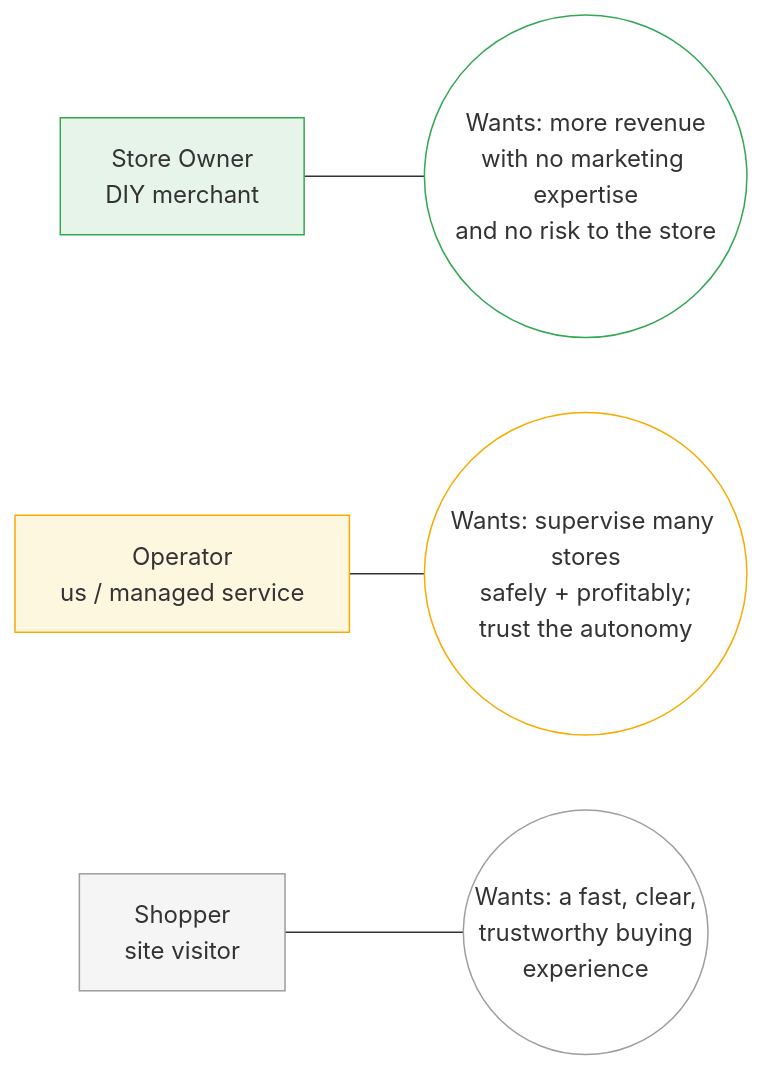
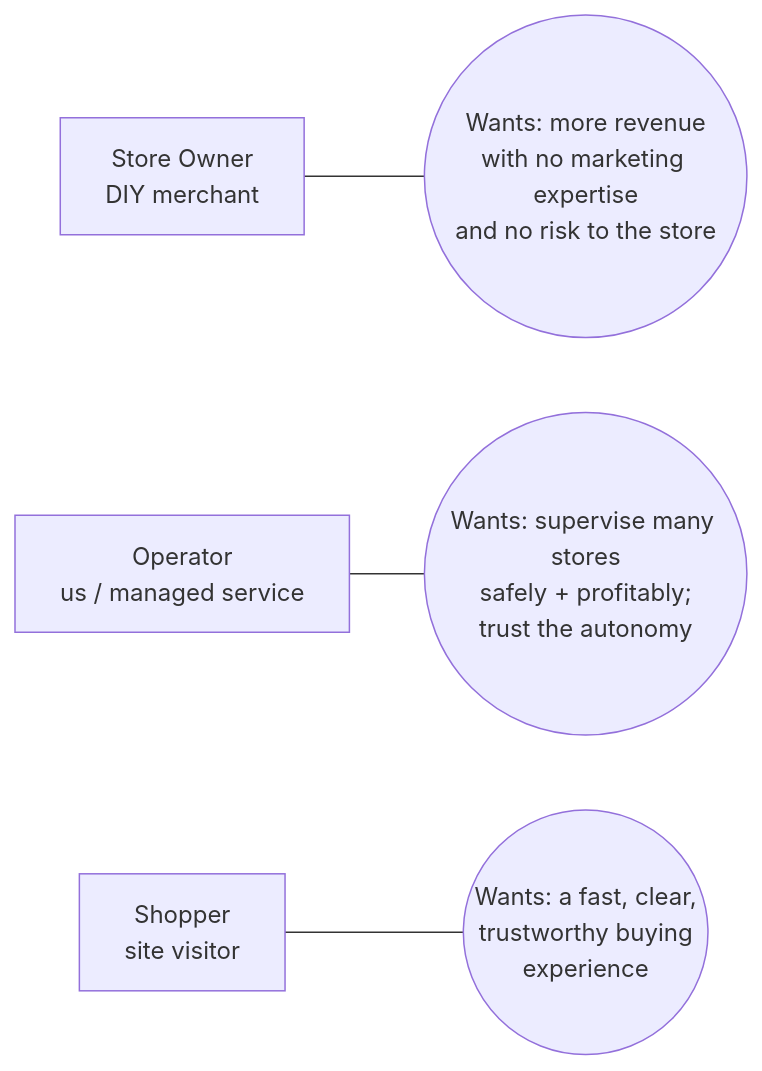
One commit to omars-lab/omars-lab.github.io changed the second of 15 diagrams in bytesofpurpose-blog/designs/2026-06-22-self-healing-storefront.mdx. Above: the diagram before and after it, drawn with Mermaid. The commit also changed other lines of this file and 6 other files, not shown here.

First line of the commit message:
feat(designs): on-brand mermaid theme + dark-mode-adaptive diagrams

````diff
--- a/bytesofpurpose-blog/designs/2026-06-22-self-healing-storefront.mdx
+++ b/bytesofpurpose-blog/designs/2026-06-22-self-healing-storefront.mdx
@@ -145,17 +142,11 @@
 ```mermaid
 graph LR
     OWNER[Store Owner<br/>DIY merchant]
     OP[Operator<br/>us / managed service]
     SHOPPER[Shopper<br/>site visitor]
 
     OWNER --- OWNER_M(("Wants: more revenue<br/>with no marketing expertise<br/>and no risk to the store"))
     OP --- OP_M(("Wants: supervise many stores<br/>safely + profitably;<br/>trust the autonomy"))
     SHOPPER --- SH_M(("Wants: a fast, clear,<br/>trustworthy buying<br/>experience"))
 
-    style OWNER fill:#e6f4ea,stroke:#34a853
-    style OP fill:#fef7e0,stroke:#f9ab00
-    style SHOPPER fill:#f5f5f5,stroke:#9e9e9e
-    style OWNER_M fill:#ffffff,stroke:#34a853
-    style OP_M fill:#ffffff,stroke:#f9ab00
-    style SH_M fill:#ffffff,stroke:#9e9e9e
 ```
````
